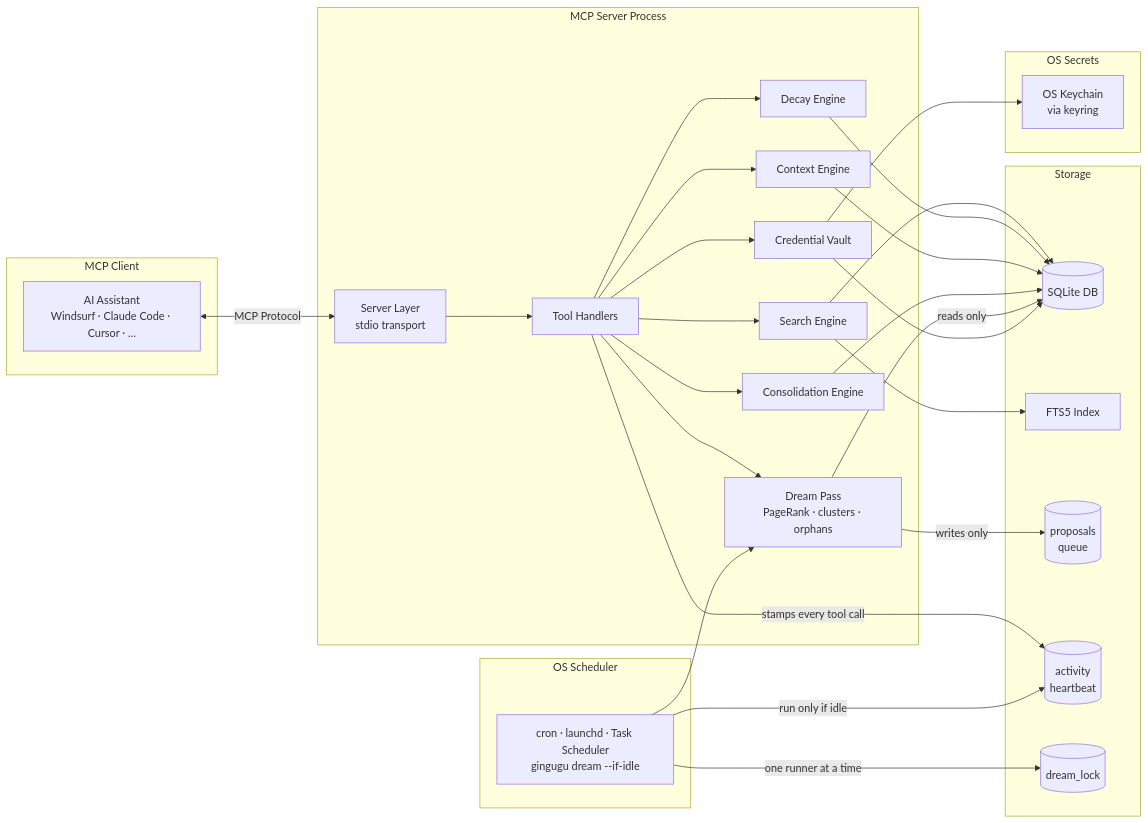
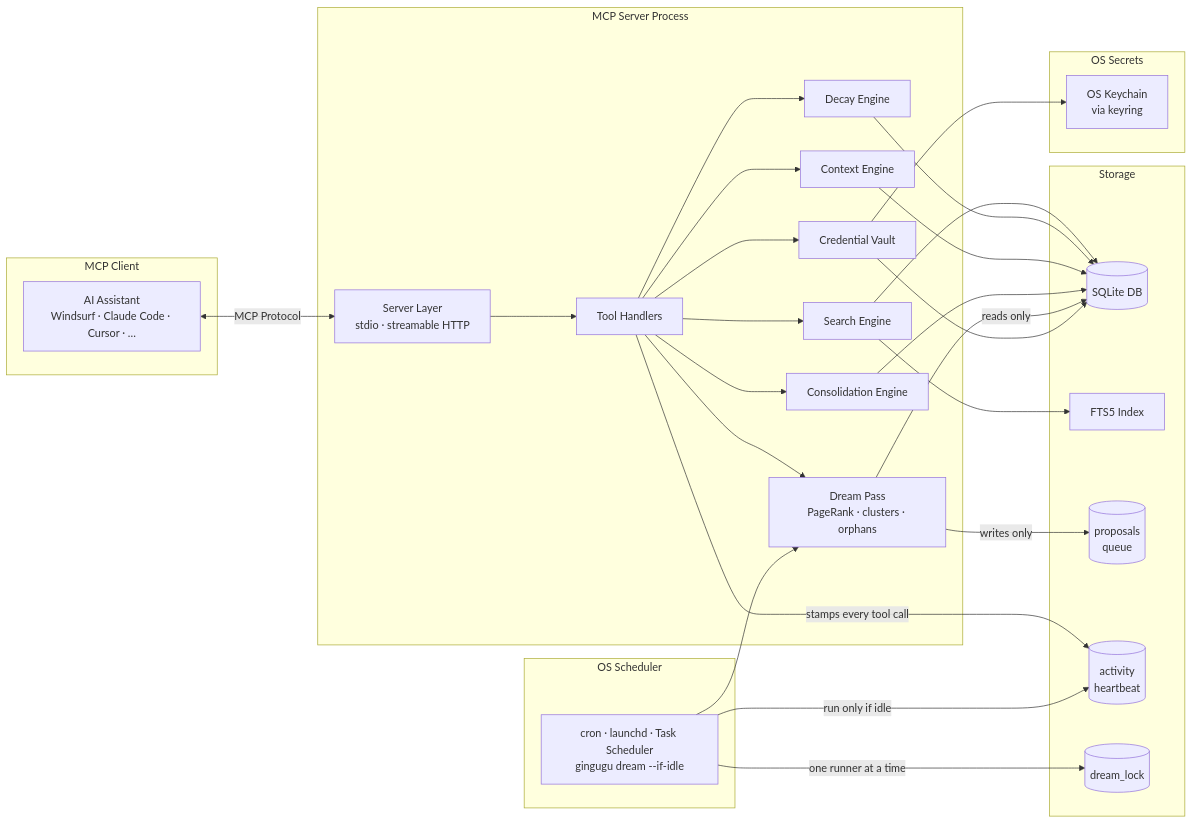
One commit to gingugu/gingugu changed the diagram in docs/architecture.md. Above: the diagram before and after it, drawn with Mermaid. The commit also changed other lines of this file and 1 other file, not shown here.

````diff
--- a/docs/architecture.md
+++ b/docs/architecture.md
@@ -11,55 +18,55 @@
 ```mermaid
 graph LR
     subgraph MCP Client
         A[AI Assistant<br/>Windsurf · Claude Code · Cursor · …]
     end
 
     subgraph MCP Server Process
-        B[Server Layer<br/>stdio transport]
+        B[Server Layer<br/>stdio · streamable HTTP]
         C[Tool Handlers]
         D[Search Engine]
         E[Decay Engine]
         F[Context Engine]
         G[Consolidation Engine]
         L[Dream Pass<br/>PageRank · clusters · orphans]
         K[Credential Vault]
     end
 
     subgraph OS Scheduler
         S[cron · launchd · Task Scheduler<br/>gingugu dream --if-idle]
     end
 
     subgraph Storage
         H[(SQLite DB)]
         I[FTS5 Index]
         P[(proposals<br/>queue)]
         Q[(activity<br/>heartbeat)]
         R[(dream_lock)]
     end
 
     subgraph OS Secrets
         J[OS Keychain<br/>via keyring]
     end
 
     A <-->|MCP Protocol| B
     B --> C
     C --> D
     C --> E
     C --> F
     C --> G
     C --> L
     C --> K
     D --> H
     D --> I
     E --> H
     F --> H
     G --> H
     L -->|reads only| H
     L -->|writes only| P
     K --> H
     K --> J
     C -->|stamps every tool call| Q
     S -->|run only if idle| Q
     S -->|one runner at a time| R
     S --> L
 ```
````
